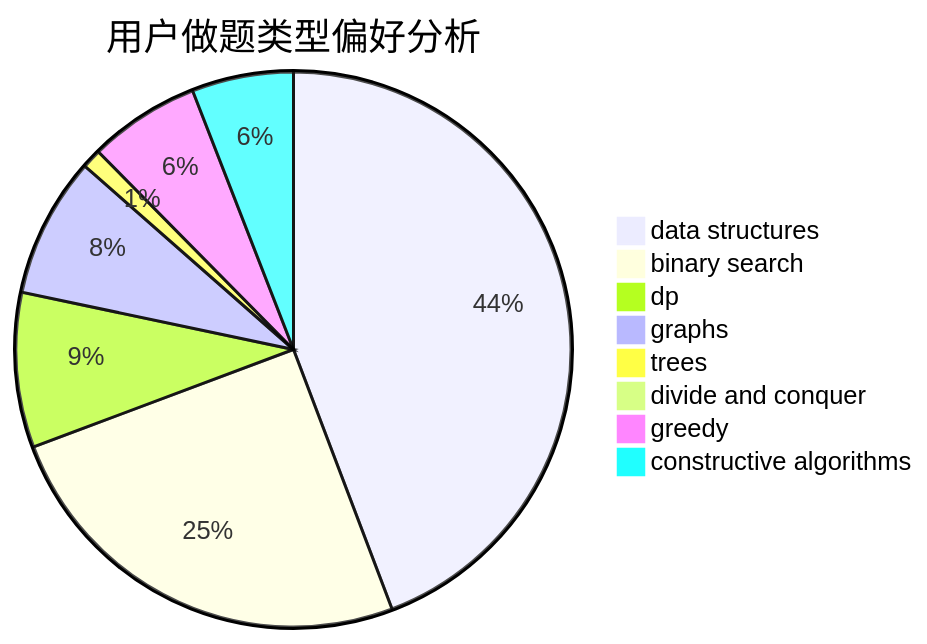
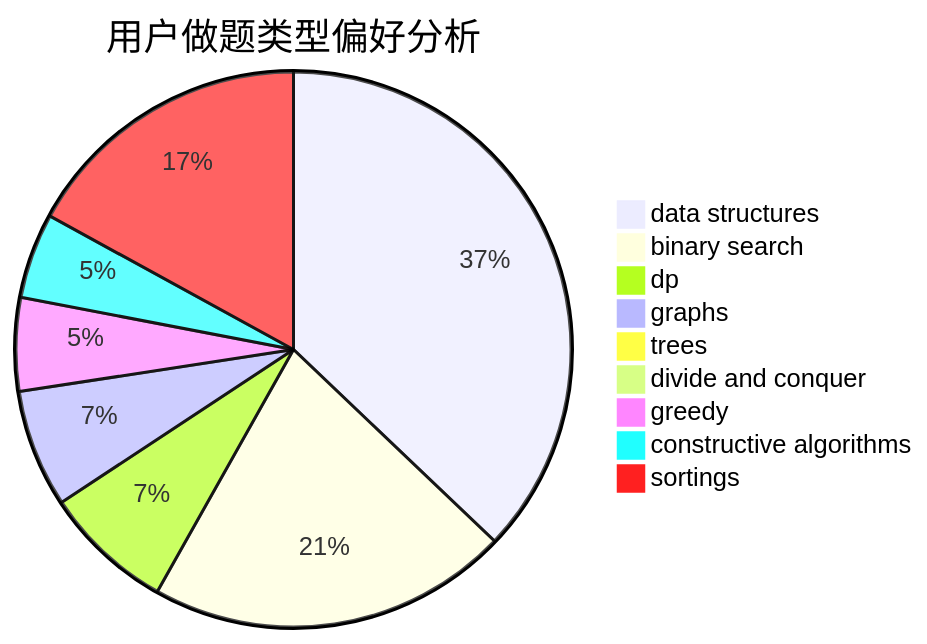
One commit to sherpahu/cfrs.github.io changed the second of 3 diagrams in docs/user/u133.md. Above: the diagram before and after it, drawn with Mermaid. The commit also changed other lines of this file and 2769 other files, not shown here.

````diff
--- a/docs/user/u133.md
+++ b/docs/user/u133.md
@@ -23,11 +18,12 @@
 ```mermaid
 pie title 用户做题类型偏好分析
     "data structures" :  157
     "binary search" :  89
     "dp" :  32
     "graphs" :  29
     "trees" :  4
     "divide and conquer" :  0
     "greedy" :  23
     "constructive algorithms" :  21
+    "sortings" :  72
 ```
````
